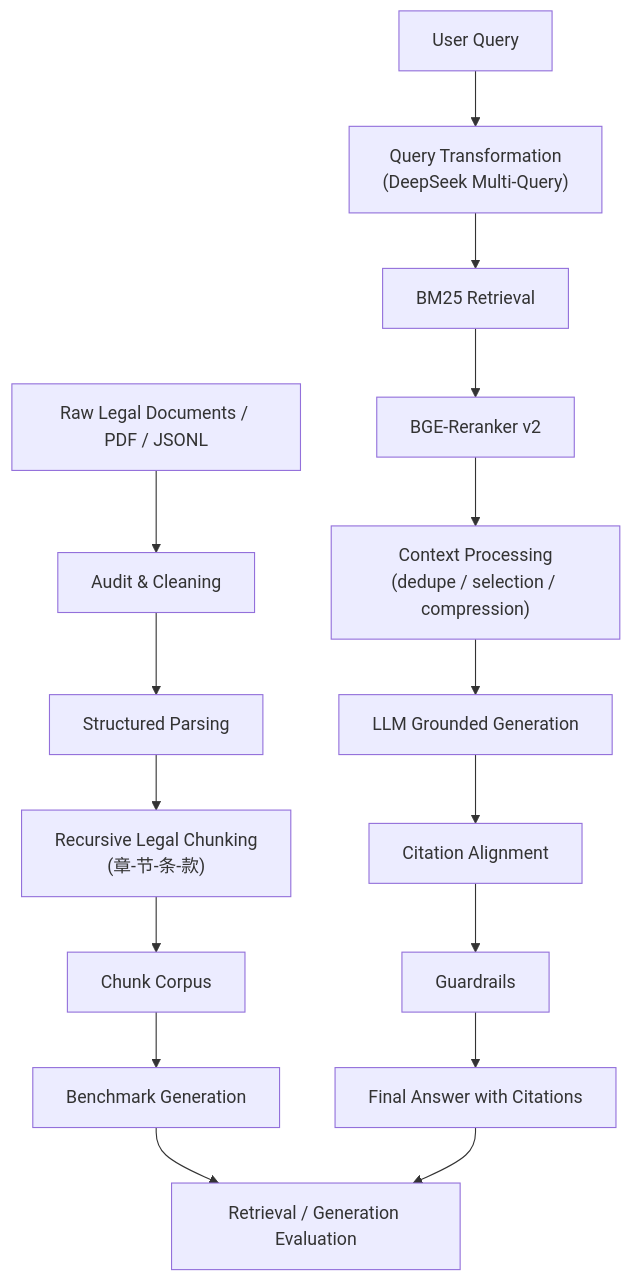
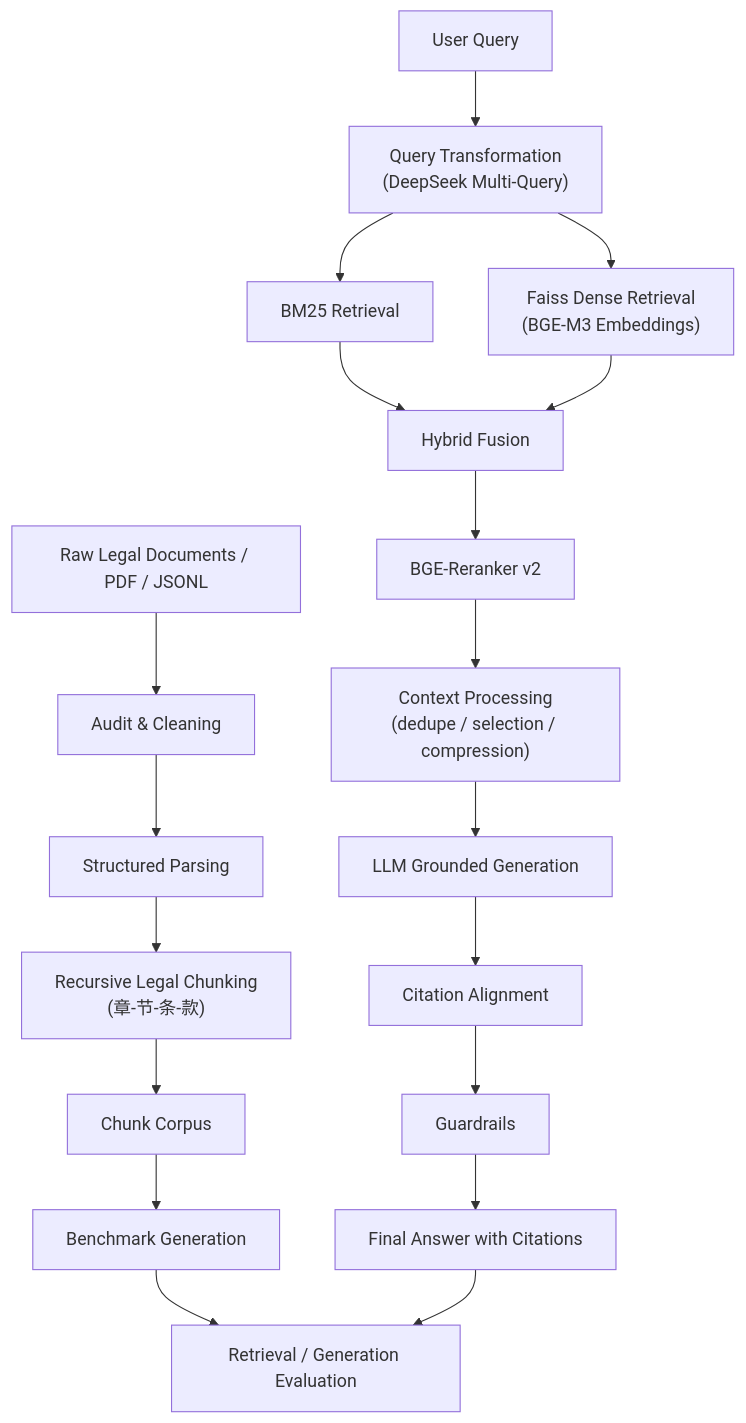
One commit to YZT-Arsit/RAG changed the diagram in README.md. Above: the diagram before and after it, drawn with Mermaid. The commit also changed other lines of this file and 10 other files, not shown here.

````diff
--- a/README.md
+++ b/README.md
@@ -52,20 +52,23 @@
 ```mermaid
 flowchart TD
     A["Raw Legal Documents / PDF / JSONL"] --> B["Audit & Cleaning"]
     B --> C["Structured Parsing"]
     C --> D["Recursive Legal Chunking<br/>(章-节-条-款)"]
     D --> E["Chunk Corpus"]
 
     Q["User Query"] --> QT["Query Transformation<br/>(DeepSeek Multi-Query)"]
-    QT --> R["BM25 Retrieval"]
-    R --> RR["BGE-Reranker v2"]
+    QT --> R1["BM25 Retrieval"]
+    QT --> R2["Faiss Dense Retrieval<br/>(BGE-M3 Embeddings)"]
+    R1 --> HF["Hybrid Fusion"]
+    R2 --> HF
+    HF --> RR["BGE-Reranker v2"]
     RR --> CP["Context Processing<br/>(dedupe / selection / compression)"]
     CP --> G["LLM Grounded Generation"]
     G --> CA["Citation Alignment"]
     CA --> GD["Guardrails"]
     GD --> O["Final Answer with Citations"]
 
     E --> BG["Benchmark Generation"]
     BG --> EV["Retrieval / Generation Evaluation"]
     O --> EV
 ```
````
